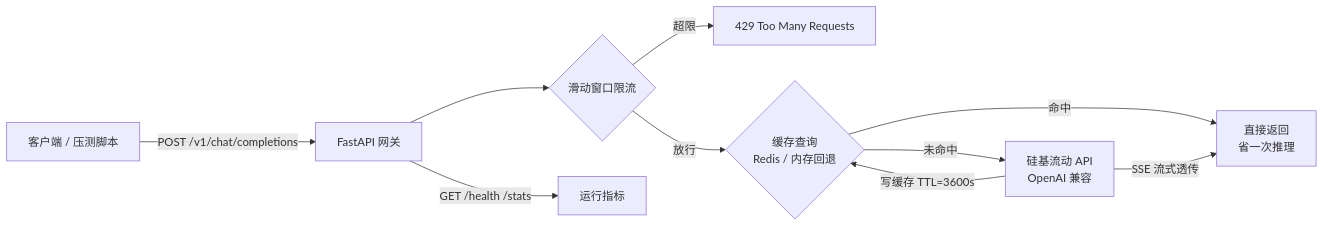
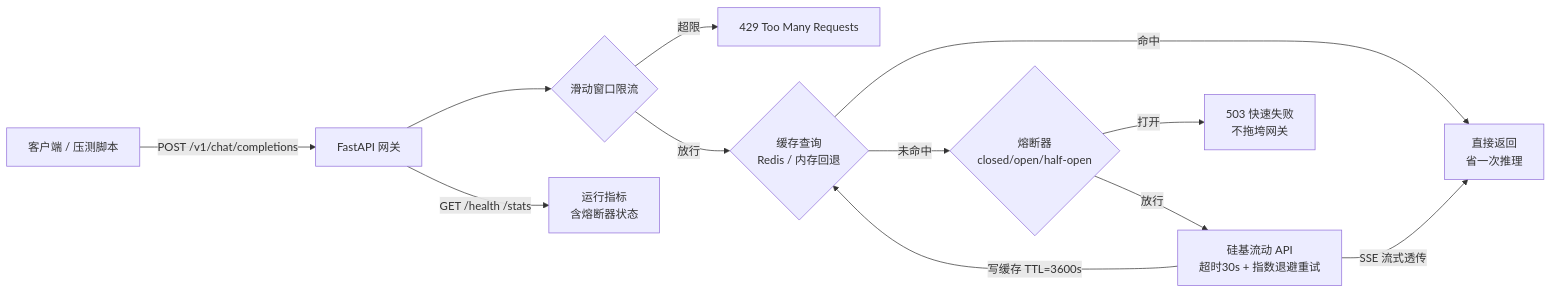
Before and after one commit to xinyanqiao6-lang/project1-llm-api-service: the diagram in README.md, drawn with Mermaid. The commit also changed other lines of this file and 4 other files, not shown here.

````diff
--- a/README.md
+++ b/README.md
@@ -8,12 +8,14 @@
 ```mermaid
 flowchart LR
     C[客户端 / 压测脚本] -->|POST /v1/chat/completions| GW[FastAPI 网关]
     GW --> RL{滑动窗口限流}
     RL -->|超限| R429[429 Too Many Requests]
     RL -->|放行| CH{缓存查询<br/>Redis / 内存回退}
     CH -->|命中| RESP[直接返回<br/>省一次推理]
-    CH -->|未命中| SF[硅基流动 API<br/>OpenAI 兼容]
+    CH -->|未命中| CB{熔断器<br/>closed/open/half-open}
+    CB -->|打开| R503[503 快速失败<br/>不拖垮网关]
+    CB -->|放行| SF[硅基流动 API<br/>超时30s + 指数退避重试]
     SF -->|SSE 流式透传| RESP
     SF -->|写缓存 TTL=3600s| CH
-    GW -->|GET /health /stats| MON[运行指标]
+    GW -->|GET /health /stats| MON[运行指标<br/>含熔断器状态]
 ```
````
